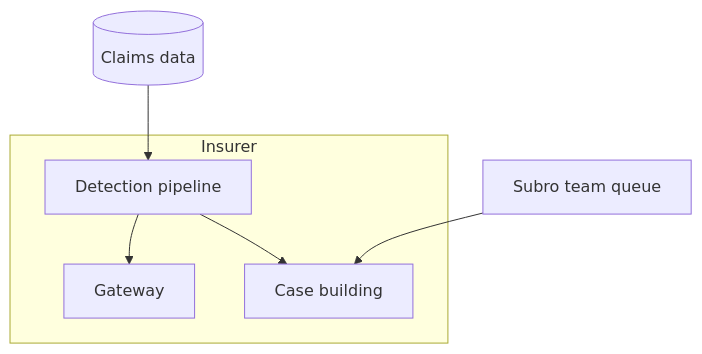
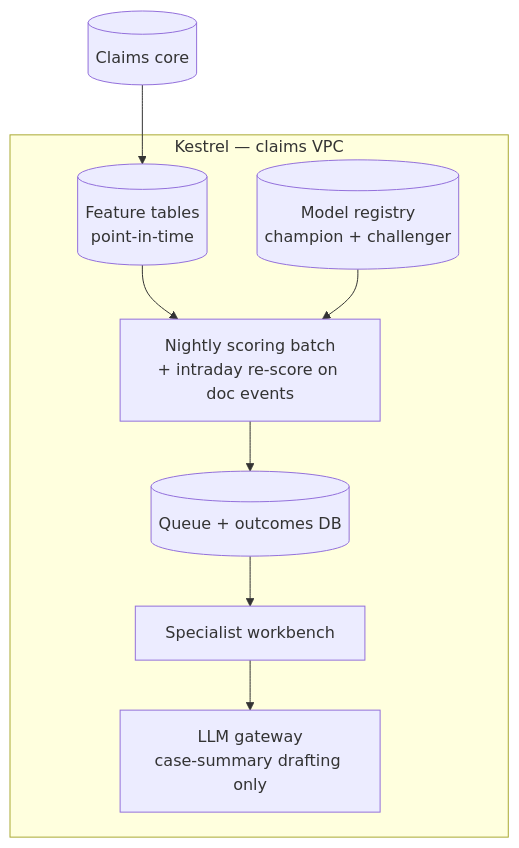
One commit to sivakrushna-works/GSAC changed the third of 3 diagrams in case-studies/cs30-subrogation-opportunity-detection.md. Above: the diagram before and after it, drawn with Mermaid. The commit also changed other lines of this file and 12 other files, not shown here.

````diff
--- a/case-studies/cs30-subrogation-opportunity-detection.md
+++ b/case-studies/cs30-subrogation-opportunity-detection.md
@@ -68,9 +86,11 @@
 ```mermaid
 flowchart TB
-    subgraph Insurer
-        DETECT2[Detection pipeline] --> GW[Gateway]
-        DETECT2 --> CASEBUILD[Case building]
+    subgraph Insurer [Kestrel — claims VPC]
+        BATCH2[Nightly scoring batch<br/>+ intraday re-score on doc events] --> QDB[(Queue + outcomes DB)]
+        FEATP[(Feature tables<br/>point-in-time)] --> BATCH2
+        REG6[(Model registry<br/>champion + challenger)] --> BATCH2
+        QDB --> UI[Specialist workbench]
+        UI --> LLMGW[LLM gateway<br/>case-summary drafting only]
     end
-    CLAIMSDB[(Claims data)] --> DETECT2
-    SUBROQ[Subro team queue] --> CASEBUILD
+    CLMDB[(Claims core)] --> FEATP
 ```
````
